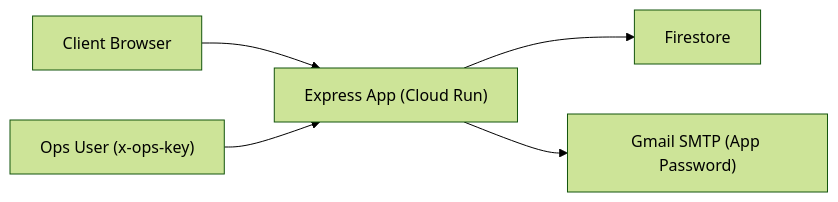
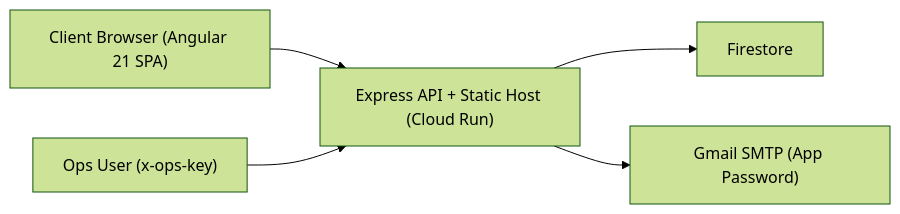
Before and after one commit to isakshay007/Logistics_Portfolio: the diagram in README.md, drawn with Mermaid (forest theme). The commit also changed other lines of this file and 46 other files, not shown here.

Commit message:
Migrate frontend to Angular 21 and align cloud deployment

````diff
--- a/README.md
+++ b/README.md
@@ -35,7 +35,7 @@
 ```mermaid
 flowchart LR
-  A["Client Browser"] --> B["Express App (Cloud Run)"]
+  A["Client Browser (Angular 21 SPA)"] --> B["Express API + Static Host (Cloud Run)"]
   B --> C["Firestore"]
   B --> D["Gmail SMTP (App Password)"]
   E["Ops User (x-ops-key)"] --> B
 ```
````
